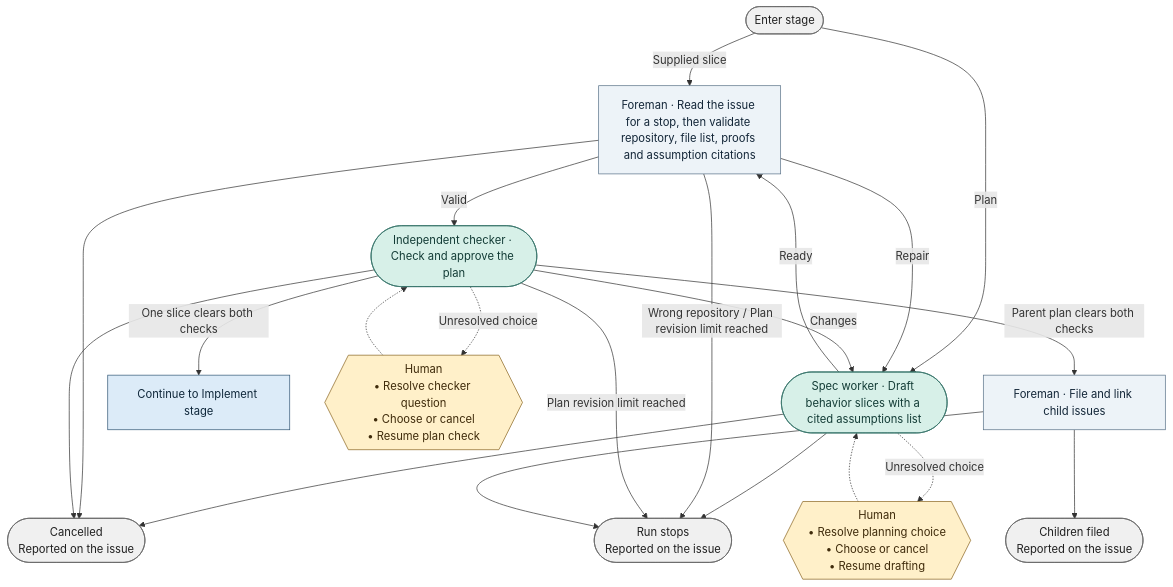
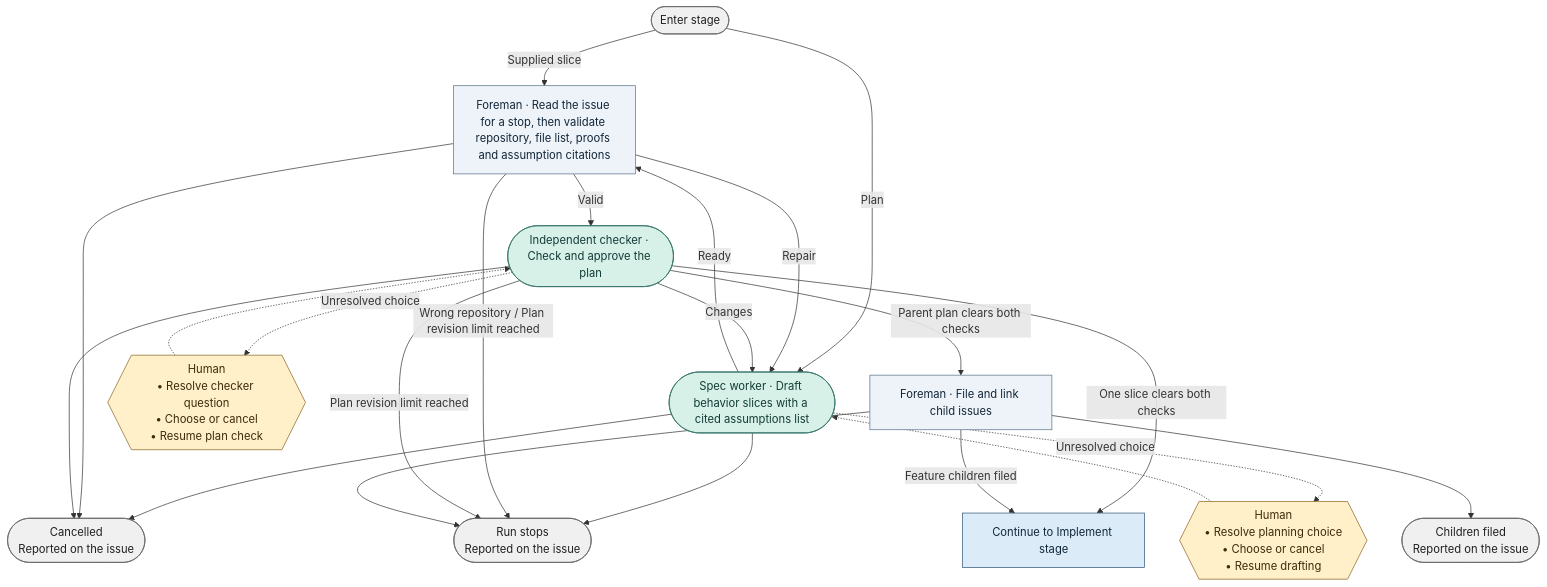
The diagram in docs/graph/blueprint/views/stages/spec.mmd (bookout-labs/tools), drawn with Mermaid before and after one commit. The commit also changed 38 other files, not shown here.

```diff
--- a/docs/graph/blueprint/views/stages/spec.mmd
+++ b/docs/graph/blueprint/views/stages/spec.mmd
@@ -1,37 +1,38 @@
 flowchart TD
     n0(["Enter stage"]):::terminal
     n1(["Spec worker · Draft behavior slices with a cited assumptions list"]):::worker
     n2["Foreman · Read the issue for a stop, then validate repository, file list, proofs and assumption citations"]:::step
     n3(["Independent checker · Check and approve the plan"]):::worker
     n4["Foreman · File and link child issues"]:::step
     n5(["Cancelled<br/>Reported on the issue"]):::terminal
     n6(["Run stops<br/>Reported on the issue"]):::terminal
     n7["Continue to Implement stage"]:::stage
     n8(["Children filed<br/>Reported on the issue"]):::terminal
     n9{{"Human<br/>• Resolve planning choice<br/>• Choose or cancel<br/>• Resume drafting"}}:::gate
     n10{{"Human<br/>• Resolve checker question<br/>• Choose or cancel<br/>• Resume plan check"}}:::gate
     n0 -->|"Supplied slice"| n2
     n0 -->|"Plan"| n1
     n1 -->|"Ready"| n2
     n1 --> n5
     n1 --> n6
     n2 -->|"Wrong repository / Plan revision limit reached"| n6
     n2 --> n5
     n2 -->|"Repair"| n1
     n2 -->|"Valid"| n3
     n3 -->|"Plan revision limit reached"| n6
     n3 -->|"Changes"| n1
     n3 --> n5
     n3 -->|"One slice clears both checks"| n7
     n3 -->|"Parent plan clears both checks"| n4
+    n4 -->|"Feature children filed"| n7
     n4 --> n8
     n4 --> n6
     n1 -.->|"Unresolved choice"| n9
     n9 -.-> n1
     n3 -.->|"Unresolved choice"| n10
     n10 -.-> n3
     classDef stage fill:#dcebf8,stroke:#315675,color:#10283b
     classDef step fill:#edf3f8,stroke:#597187,color:#132638
     classDef worker fill:#d7f0e8,stroke:#357369,color:#133c36
     classDef gate fill:#fff0c9,stroke:#89641f,color:#3f2b0b
     classDef terminal fill:#f0f0f0,stroke:#666666,color:#202020
```
